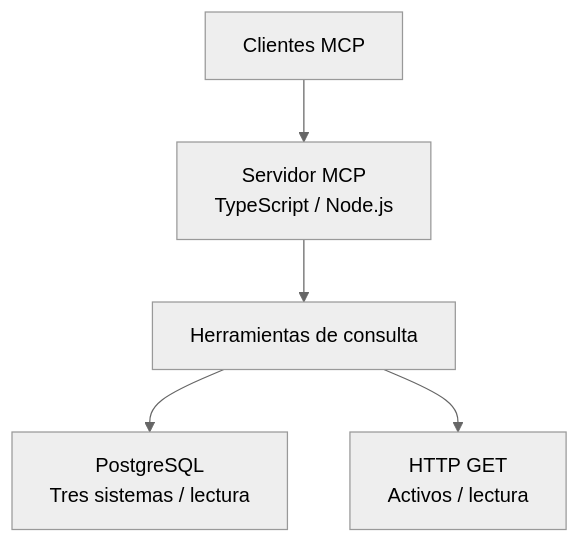
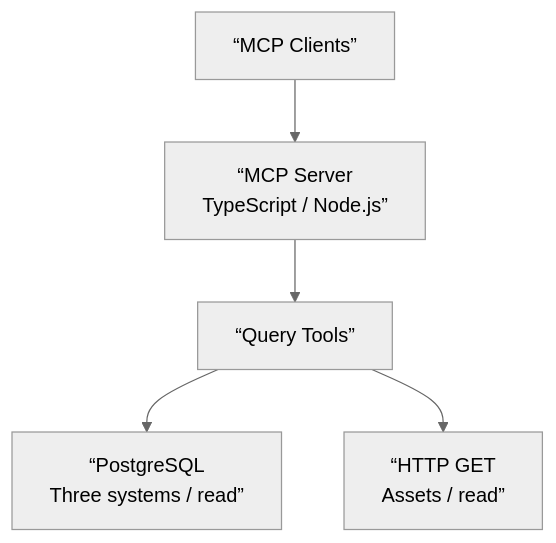
The diagram in case-study-mcp.md (jotaprogramming/Portfolio), drawn with Mermaid (neutral theme) before and after one commit. The commit also changed other lines of this file, not shown here.

````diff
--- a/case-study-mcp.md
+++ b/case-study-mcp.md
@@ -49,7 +49,7 @@
 ```mermaid
 flowchart TB
-    A["Clientes MCP"] --> B["Servidor MCP<br/>TypeScript / Node.js"]
-    B --> C["Herramientas de consulta"]
-    C --> D["PostgreSQL<br/>Tres sistemas / lectura"]
-    C --> E["HTTP GET<br/>Activos / lectura"]
+    A[“MCP Clients”] --> B[“MCP Server<br/>TypeScript / Node.js”]
+    B --> C[“Query Tools”]
+    C --> D[“PostgreSQL<br/>Three systems / read”]
+    C --> E[“HTTP GET<br/>Assets / read”]
 ```
````
